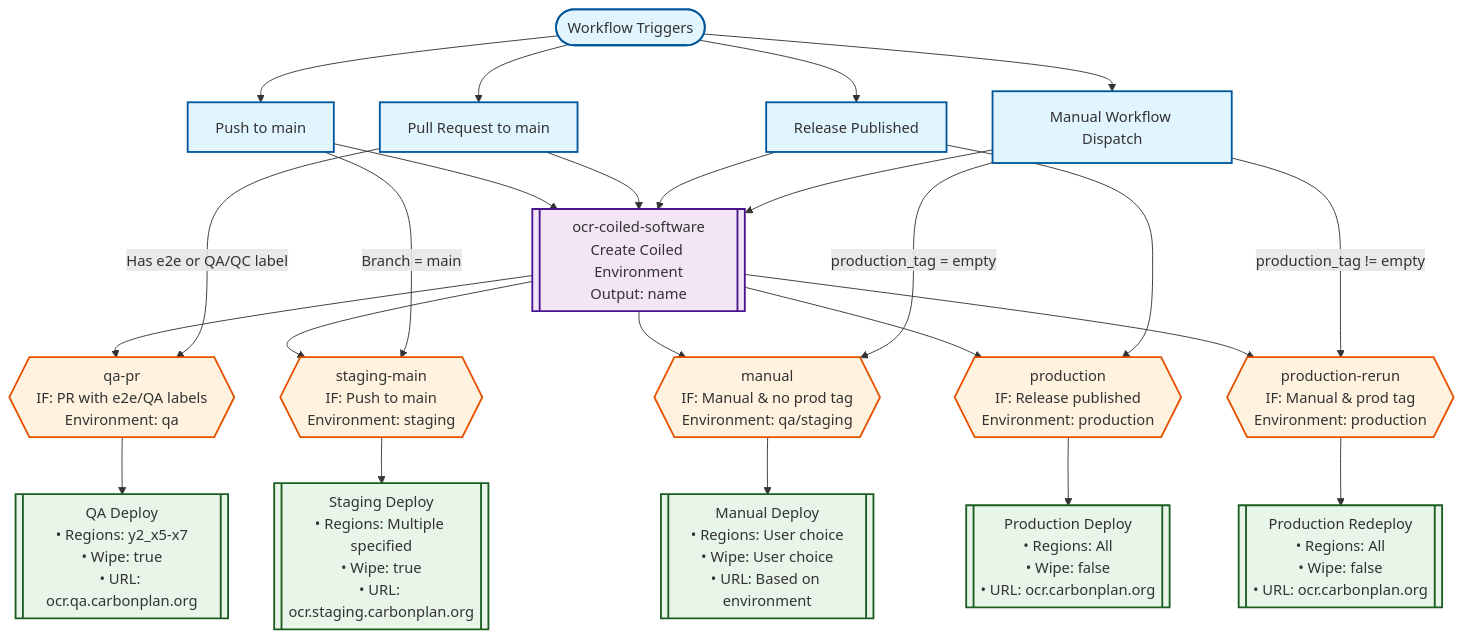
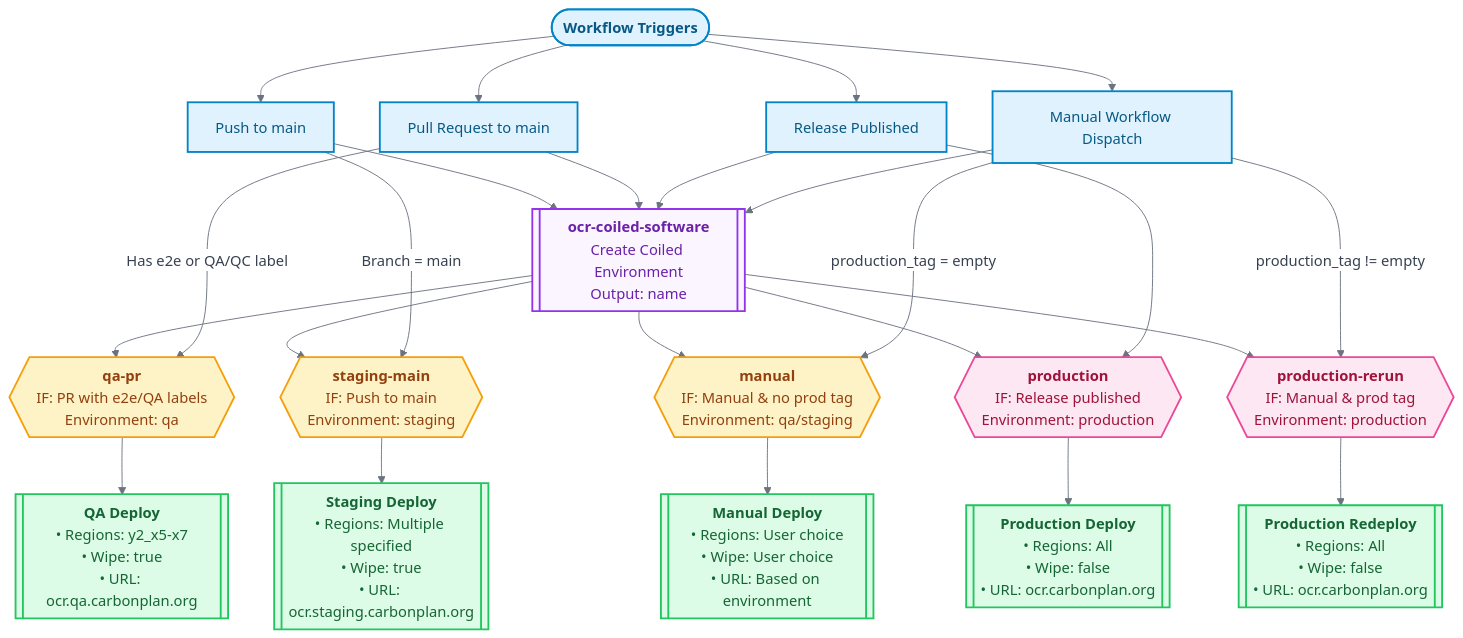
The second of 2 diagrams in docs/reference/deployment.md (carbonplan/ocr), drawn with Mermaid before and after one commit. The commit also changed other lines of this file, not shown here.

Commit message:
Revise OCR deployment documentation to provide a comprehensive reference, enhance workflow visualization with Mermaid diagrams, and clarify key features and best practices.

````diff
--- a/docs/reference/deployment.md
+++ b/docs/reference/deployment.md
@@ -7,67 +145,69 @@
 ```mermaid
+%%{init: {'theme':'neutral', 'themeVariables': {'primaryColor':'#2563eb','primaryTextColor':'#1f2937','primaryBorderColor':'#3b82f6','lineColor':'#6b7280','secondaryColor':'#7c3aed','tertiaryColor':'#10b981','background':'#ffffff','mainBkg':'#f3f4f6','secondBkg':'#e5e7eb','tertiaryBkg':'#d1d5db','primaryTextColor':'#111827','lineColor':'#6b7280','textColor':'#374151','mainContrastColor':'#1f2937','darkMode':false}}}%%
 graph TB
     %% Trigger Events
-    Start([Workflow Triggers])
+    Start([<b>Workflow Triggers</b>])
     Push[Push to main]
     PR[Pull Request to main]
     Release[Release Published]
     Manual[Manual Workflow Dispatch]
 
     Start --> Push
     Start --> PR
     Start --> Release
     Start --> Manual
 
     %% Coiled Software Environment Job
-    CoiledSoftware[["ocr-coiled-software<br/>Create Coiled Environment<br/>Output: name"]]
+    CoiledSoftware[["<b>ocr-coiled-software</b><br/>Create Coiled Environment<br/>Output: name"]]
 
     Push --> CoiledSoftware
     PR --> CoiledSoftware
     Release --> CoiledSoftware
     Manual --> CoiledSoftware
 
     %% Conditional Jobs
-    QA_PR{{"qa-pr<br/>IF: PR with e2e/QA labels<br/>Environment: qa"}}
-    Staging_Main{{"staging-main<br/>IF: Push to main<br/>Environment: staging"}}
-    Manual_Deploy{{"manual<br/>IF: Manual & no prod tag<br/>Environment: qa/staging"}}
-    Production{{"production<br/>IF: Release published<br/>Environment: production"}}
-    Production_Rerun{{"production-rerun<br/>IF: Manual & prod tag<br/>Environment: production"}}
+    QA_PR{{"<b>qa-pr</b><br/>IF: PR with e2e/QA labels<br/>Environment: qa"}}
+    Staging_Main{{"<b>staging-main</b><br/>IF: Push to main<br/>Environment: staging"}}
+    Manual_Deploy{{"<b>manual</b><br/>IF: Manual & no prod tag<br/>Environment: qa/staging"}}
+    Production{{"<b>production</b><br/>IF: Release published<br/>Environment: production"}}
+    Production_Rerun{{"<b>production-rerun</b><br/>IF: Manual & prod tag<br/>Environment: production"}}
 
     %% Job Dependencies and Conditions
     CoiledSoftware --> QA_PR
     CoiledSoftware --> Staging_Main
     CoiledSoftware --> Manual_Deploy
     CoiledSoftware --> Production
     CoiledSoftware --> Production_Rerun
 
     PR --> |"Has e2e or QA/QC label"| QA_PR
     Push --> |"Branch = main"| Staging_Main
     Manual --> |"production_tag = empty"| Manual_Deploy
     Release --> Production
     Manual --> |"production_tag != empty"| Production_Rerun
 
     %% Job Details
-    QA_PR_Details[["QA Deploy<br/>• Regions: y2_x5-x7<br/>• Wipe: true<br/>• URL: ocr.qa.carbonplan.org"]]
-    Staging_Main_Details[["Staging Deploy<br/>• Regions: Multiple specified<br/>• Wipe: true<br/>• URL: ocr.staging.carbonplan.org"]]
-    Manual_Deploy_Details[["Manual Deploy<br/>• Regions: User choice<br/>• Wipe: User choice<br/>• URL: Based on environment"]]
-    Production_Details[["Production Deploy<br/>• Regions: All<br/>• Wipe: false<br/>• URL: ocr.carbonplan.org"]]
-    Production_Rerun_Details[["Production Redeploy<br/>• Regions: All<br/>• Wipe: false<br/>• URL: ocr.carbonplan.org"]]
+    QA_PR_Details[["<b>QA Deploy</b><br/>• Regions: y2_x5-x7<br/>• Wipe: true<br/>• URL: ocr.qa.carbonplan.org"]]
+    Staging_Main_Details[["<b>Staging Deploy</b><br/>• Regions: Multiple specified<br/>• Wipe: true<br/>• URL: ocr.staging.carbonplan.org"]]
+    Manual_Deploy_Details[["<b>Manual Deploy</b><br/>• Regions: User choice<br/>• Wipe: User choice<br/>• URL: Based on environment"]]
+    Production_Details[["<b>Production Deploy</b><br/>• Regions: All<br/>• Wipe: false<br/>• URL: ocr.carbonplan.org"]]
+    Production_Rerun_Details[["<b>Production Redeploy</b><br/>• Regions: All<br/>• Wipe: false<br/>• URL: ocr.carbonplan.org"]]
 
     QA_PR --> QA_PR_Details
     Staging_Main --> Staging_Main_Details
     Manual_Deploy --> Manual_Deploy_Details
     Production --> Production_Details
     Production_Rerun --> Production_Rerun_Details
 
-    %% Styling
-    classDef trigger fill:#e1f5fe,stroke:#01579b,stroke-width:2px
-    classDef job fill:#f3e5f5,stroke:#4a148c,stroke-width:2px
-    classDef conditional fill:#fff3e0,stroke:#e65100,stroke-width:2px
-    classDef deploy fill:#e8f5e9,stroke:#1b5e20,stroke-width:2px
+    %% Styling with theme-neutral colors
+    classDef trigger fill:#e0f2fe,stroke:#0284c7,stroke-width:2px,color:#075985
+    classDef job fill:#faf5ff,stroke:#9333ea,stroke-width:2px,color:#6b21a8
+    classDef conditional fill:#fef3c7,stroke:#f59e0b,stroke-width:2px,color:#92400e
+    classDef deploy fill:#dcfce7,stroke:#22c55e,stroke-width:2px,color:#166534
+    classDef rerun fill:#fce7f3,stroke:#ec4899,stroke-width:2px,color:#9f1239
 
     class Start,Push,PR,Release,Manual trigger
     class CoiledSoftware job
-    class QA_PR,Staging_Main,Manual_Deploy,Production,Production_Rerun conditional
+    class QA_PR,Staging_Main,Manual_Deploy conditional
+    class Production,Production_Rerun rerun
     class QA_PR_Details,Staging_Main_Details,Manual_Deploy_Details,Production_Details,Production_Rerun_Details deploy
-
 ```
````
